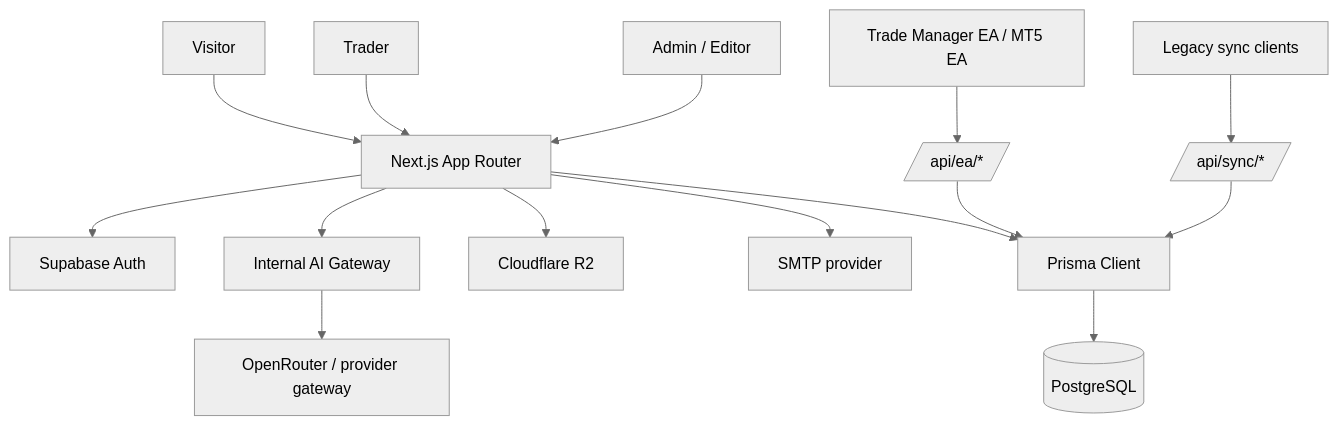
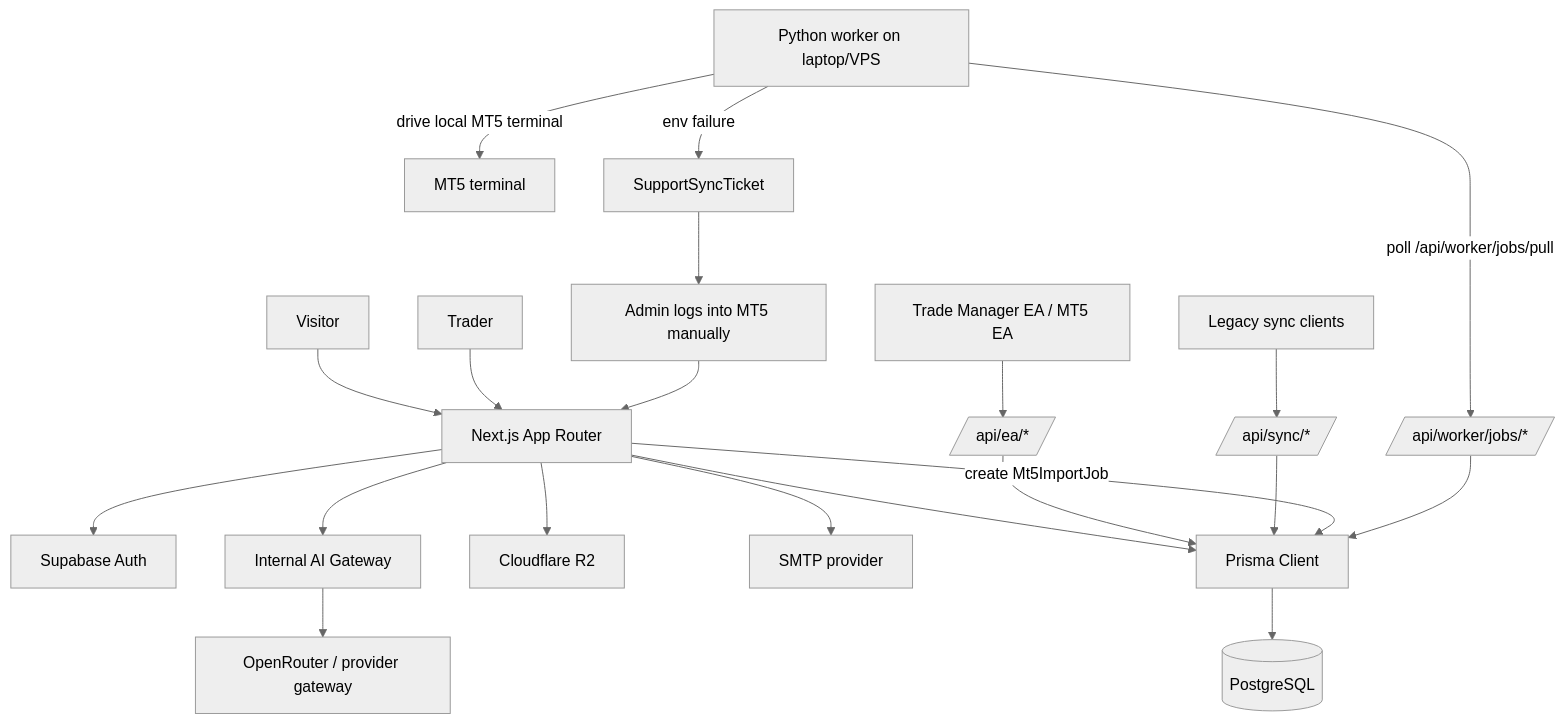
The diagram in docs/SYSTEM.md (nguyenndn/thenexttrade), drawn with Mermaid (neutral theme) before and after one commit. The commit also changed other lines of this file and 267 other files, not shown here.

````diff
--- a/docs/SYSTEM.md
+++ b/docs/SYSTEM.md
@@ -22,17 +22,23 @@
 ```mermaid
 flowchart TD
   Visitor[Visitor] --> App[Next.js App Router]
   Trader[Trader] --> App
   Admin[Admin / Editor] --> App
   App --> Supabase[Supabase Auth]
   App --> Prisma[Prisma Client]
   Prisma --> Postgres[(PostgreSQL)]
   App --> R2[Cloudflare R2]
   App --> SMTP[SMTP provider]
   App --> InternalAI[Internal AI Gateway]
   InternalAI --> OpenRouter[OpenRouter / provider gateway]
   EA[Trade Manager EA / MT5 EA] --> EaApi[/api/ea/*/]
   LegacySync[Legacy sync clients] --> SyncApi[/api/sync/*/]
   EaApi --> Prisma
   SyncApi --> Prisma
+  App -->|create Mt5ImportJob| Prisma
+  Worker[Python worker on laptop/VPS] -->|poll /api/worker/jobs/pull| WorkerApi[/api/worker/jobs/*/]
+  Worker -->|drive local MT5 terminal| MT5[MT5 terminal]
+  WorkerApi --> Prisma
+  Worker -->|env failure| Ticket[SupportSyncTicket]
+  Ticket --> Admin[Admin logs into MT5 manually]
 ```
````
